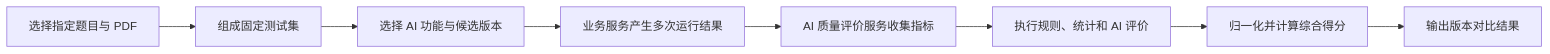
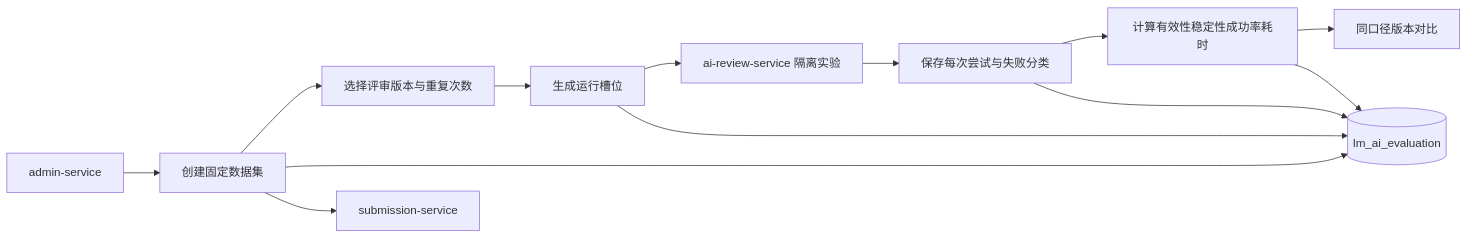
The diagram in docs/project/03-微服务设计/ai-evaluation-service/README.md (Dorian7Alden/LeetModel), drawn with Mermaid before and after one commit. The commit also changed other lines of this file and 15 other files, not shown here.

````diff
--- a/docs/project/03-微服务设计/ai-evaluation-service/README.md
+++ b/docs/project/03-微服务设计/ai-evaluation-service/README.md
@@ -130,10 +9,16 @@
 ```mermaid
 flowchart LR
-    A[选择指定题目与 PDF] --> B[组成固定测试集]
-    B --> C[选择 AI 功能与候选版本]
-    C --> D[业务服务产生多次运行结果]
-    D --> E[AI 质量评价服务收集指标]
-    E --> F[执行规则、统计和 AI 评价]
-    F --> G[归一化并计算综合得分]
-    G --> H[输出版本对比结果]
+    A[admin-service] --> B[创建固定数据集]
+    B --> C[选择评审版本与重复次数]
+    C --> D[生成运行槽位]
+    D --> E[ai-review-service 隔离实验]
+    E --> F[保存每次尝试与失败分类]
+    F --> G[计算有效性稳定性成功率耗时]
+    G --> H[同口径版本对比]
+
+    B --> I[(lm_ai_evaluation)]
+    D --> I
+    F --> I
+    G --> I
+    B --> J[submission-service]
 ```
````
